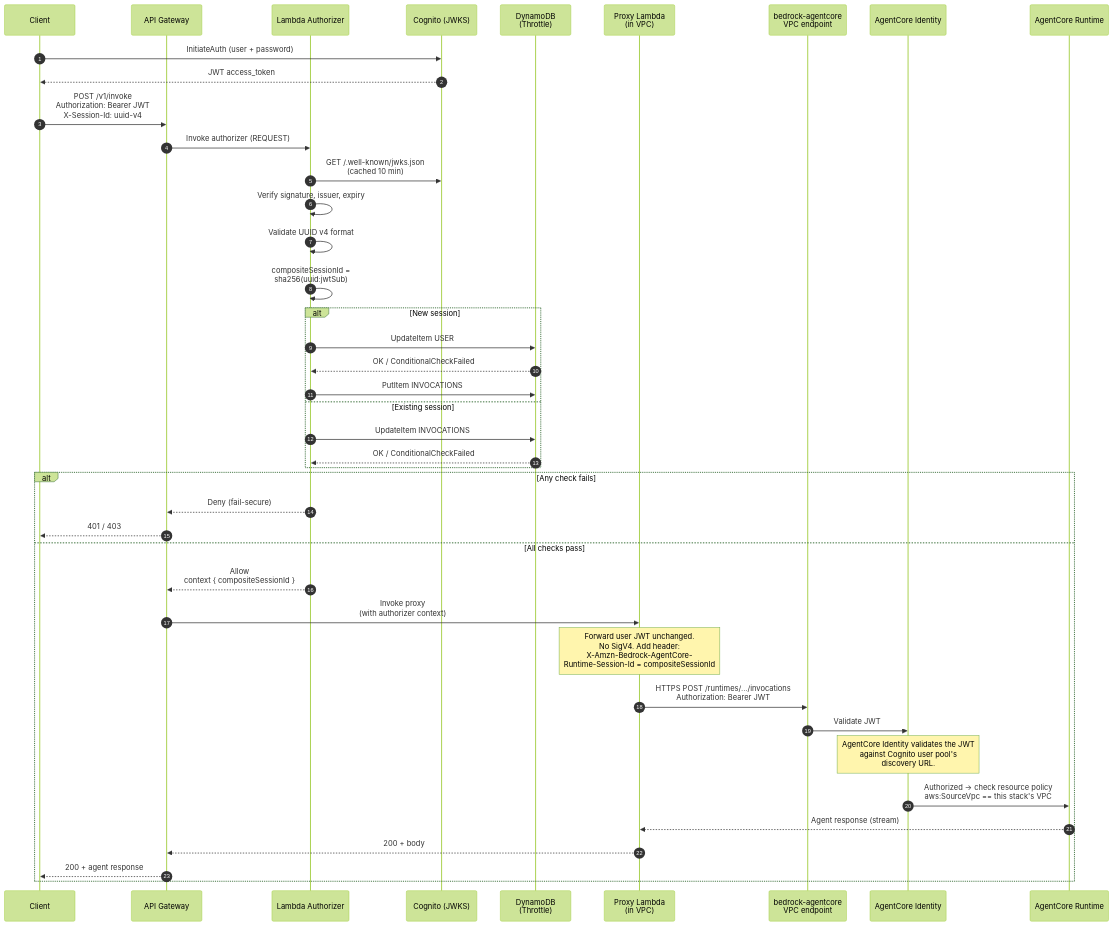
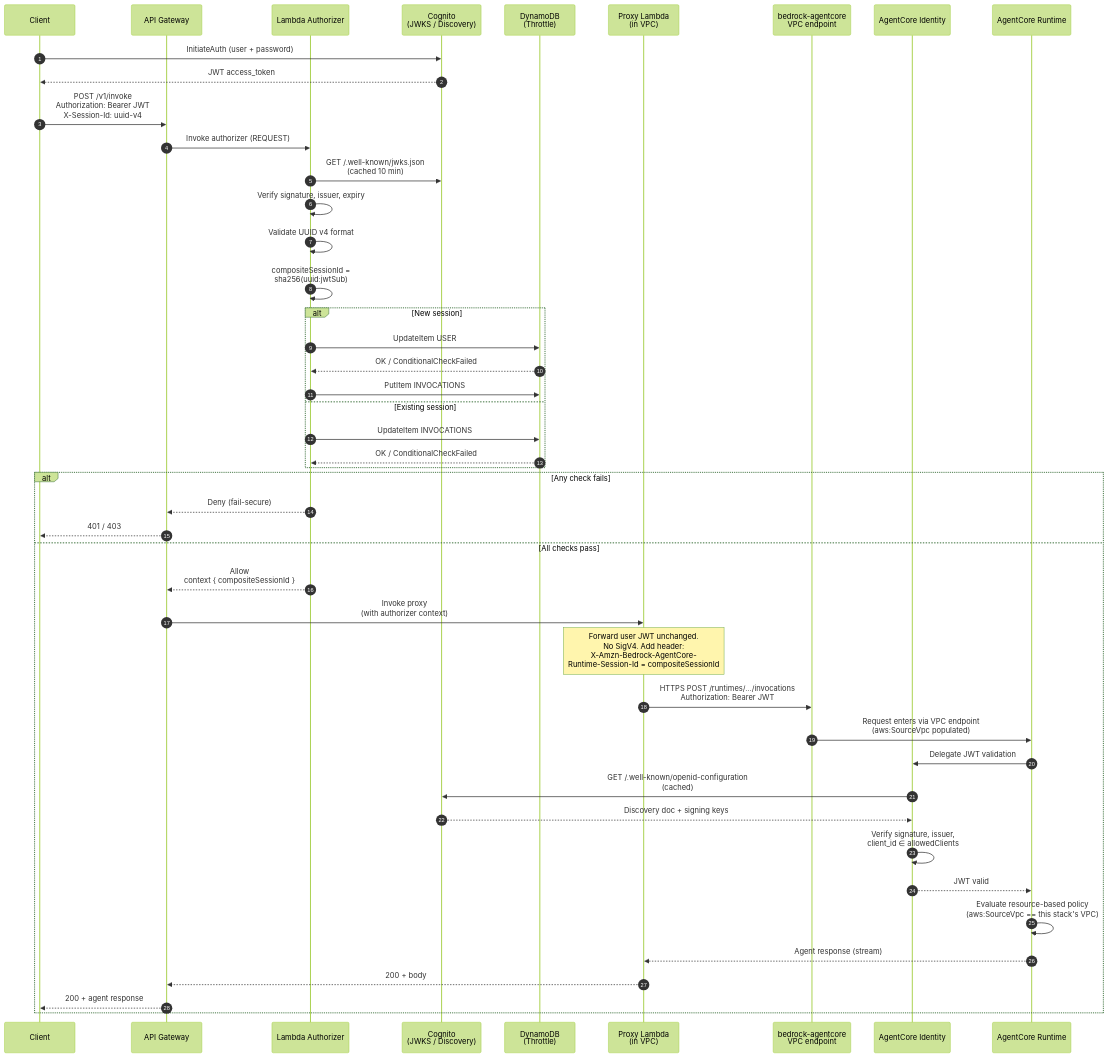
One commit to aws-samples/sample-expose-agentcore-via-api-gateway changed the diagram in README.md. Above: the diagram before and after it, drawn with Mermaid (forest theme).

Commit message:
Make AgentCore Identity explicit in the request-flow mermaid
Previously the Identity step was tucked into a single 'V->>I: Validate JWT'
line, which a reviewer reading the diagram could miss. Restructure so:

- VPCe is shown as the network entry point that populates aws:SourceVpc,
  not as the JWT validator
- Runtime delegates JWT validation to AgentCore Identity (R->>I)
- Identity fetches the Cognito discovery URL — mirrors the Lambda
  Authorizer's JWKS fetch and gives Identity its own arrow into Cognito
- Identity returns to the Runtime, which then evaluates its resource-based
  policy (the aws:SourceVpc check belongs to the Runtime, not Identity)

Cognito participant renamed 'Cognito (JWKS / Discovery)' to acknowledge
both consumers.

Note: the architecture image (img/archi.jpg) also needs AgentCore Identity
added; that's a draw.io source edit done separately.

````diff
--- a/README.md
+++ b/README.md
@@ -13,48 +13,52 @@
 ```mermaid
 sequenceDiagram
     autonumber
     participant C as Client
     participant G as API Gateway
     participant A as Lambda Authorizer
-    participant K as Cognito (JWKS)
+    participant K as Cognito<br/>(JWKS / Discovery)
     participant D as DynamoDB<br/>(Throttle)
     participant P as Proxy Lambda<br/>(in VPC)
     participant V as bedrock-agentcore<br/>VPC endpoint
     participant I as AgentCore Identity
     participant R as AgentCore Runtime
 
     C->>K: InitiateAuth (user + password)
     K-->>C: JWT access_token
     C->>G: POST /v1/invoke<br/>Authorization: Bearer JWT<br/>X-Session-Id: uuid-v4
     G->>A: Invoke authorizer (REQUEST)
 
     A->>K: GET /.well-known/jwks.json<br/>(cached 10 min)
     A->>A: Verify signature, issuer, expiry
     A->>A: Validate UUID v4 format
     A->>A: compositeSessionId =<br/>sha256(uuid:jwtSub)
 
     alt New session
         A->>D: UpdateItem USER#sub<br/>condition: sessionCount < MAX
         D-->>A: OK / ConditionalCheckFailed
         A->>D: PutItem INVOCATIONS#hash<br/>counter = 1
     else Existing session
         A->>D: UpdateItem INVOCATIONS#hash<br/>condition: invocationCount < MAX
         D-->>A: OK / ConditionalCheckFailed
     end
 
     alt Any check fails
         A-->>G: Deny (fail-secure)
         G-->>C: 401 / 403
     else All checks pass
         A-->>G: Allow<br/>context { compositeSessionId }
         G->>P: Invoke proxy<br/>(with authorizer context)
         Note over P: Forward user JWT unchanged.<br/>No SigV4. Add header:<br/>X-Amzn-Bedrock-AgentCore-<br/>Runtime-Session-Id = compositeSessionId
         P->>V: HTTPS POST /runtimes/.../invocations<br/>Authorization: Bearer JWT
-        V->>I: Validate JWT
-        Note over I: AgentCore Identity validates the JWT<br/>against Cognito user pool's<br/>discovery URL.
-        I->>R: Authorized → check resource policy<br/>aws:SourceVpc == this stack's VPC
+        V->>R: Request enters via VPC endpoint<br/>(aws:SourceVpc populated)
+        R->>I: Delegate JWT validation
+        I->>K: GET /.well-known/openid-configuration<br/>(cached)
+        K-->>I: Discovery doc + signing keys
+        I->>I: Verify signature, issuer,<br/>client_id ∈ allowedClients
+        I-->>R: JWT valid
+        R->>R: Evaluate resource-based policy<br/>(aws:SourceVpc == this stack's VPC)
         R-->>P: Agent response (stream)
         P-->>G: 200 + body
         G-->>C: 200 + agent response
     end
 ```
````
